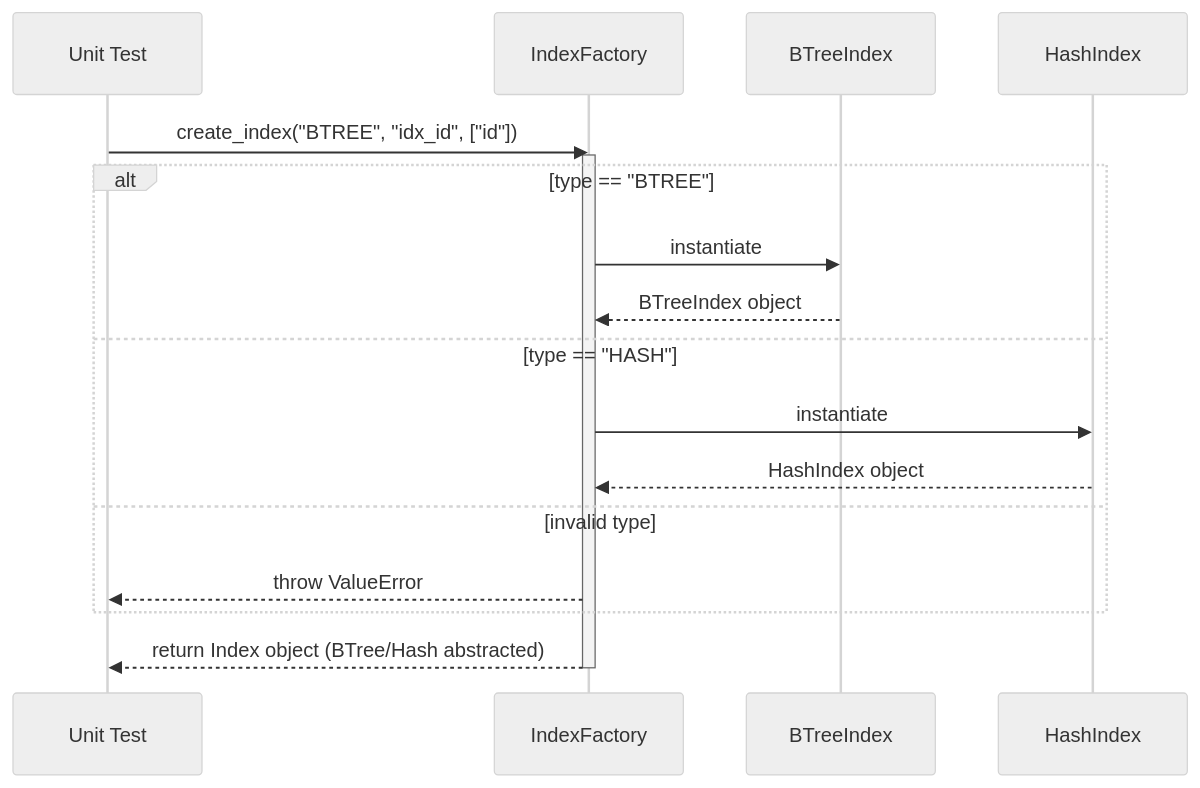
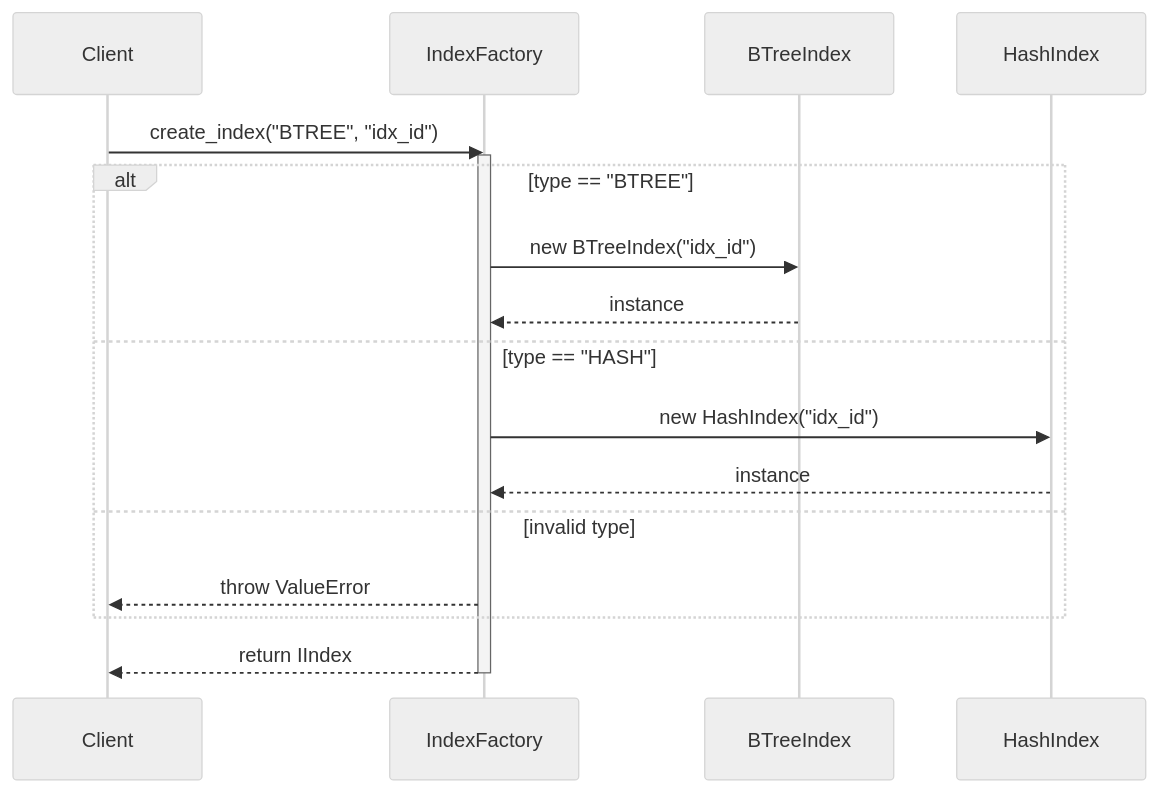
One commit to Ricky13170/bbv_DBMS changed diagram 20 of 31 in docs/readme.md. Above: the diagram before and after it, drawn with Mermaid (neutral theme). The commit also changed other lines of this file, not shown here.

````diff
--- a/docs/readme.md
+++ b/docs/readme.md
@@ -1063,21 +1100,24 @@
 ```mermaid
 sequenceDiagram
-    participant Client as Unit Test
+    participant Client
     participant Factory as IndexFactory
     participant BTree as BTreeIndex
     participant Hash as HashIndex
     
-    Client->>Factory: create_index("BTREE", "idx_id", ["id"])
+    %% Requesting Object Creation
+    Client->>Factory: create_index("BTREE", "idx_id")
     activate Factory
+    
     alt type == "BTREE"
-        Factory->>BTree: instantiate
-        BTree-->>Factory: BTreeIndex object
+        Factory->>BTree: new BTreeIndex("idx_id")
+        BTree-->>Factory: instance
     else type == "HASH"
-        Factory->>Hash: instantiate
-        Hash-->>Factory: HashIndex object
+        Factory->>Hash: new HashIndex("idx_id")
+        Hash-->>Factory: instance
     else invalid type
         Factory-->>Client: throw ValueError
     end
-    Factory-->>Client: return Index object (BTree/Hash abstracted)
+    
+    Factory-->>Client: return IIndex
     deactivate Factory
 ```
````
